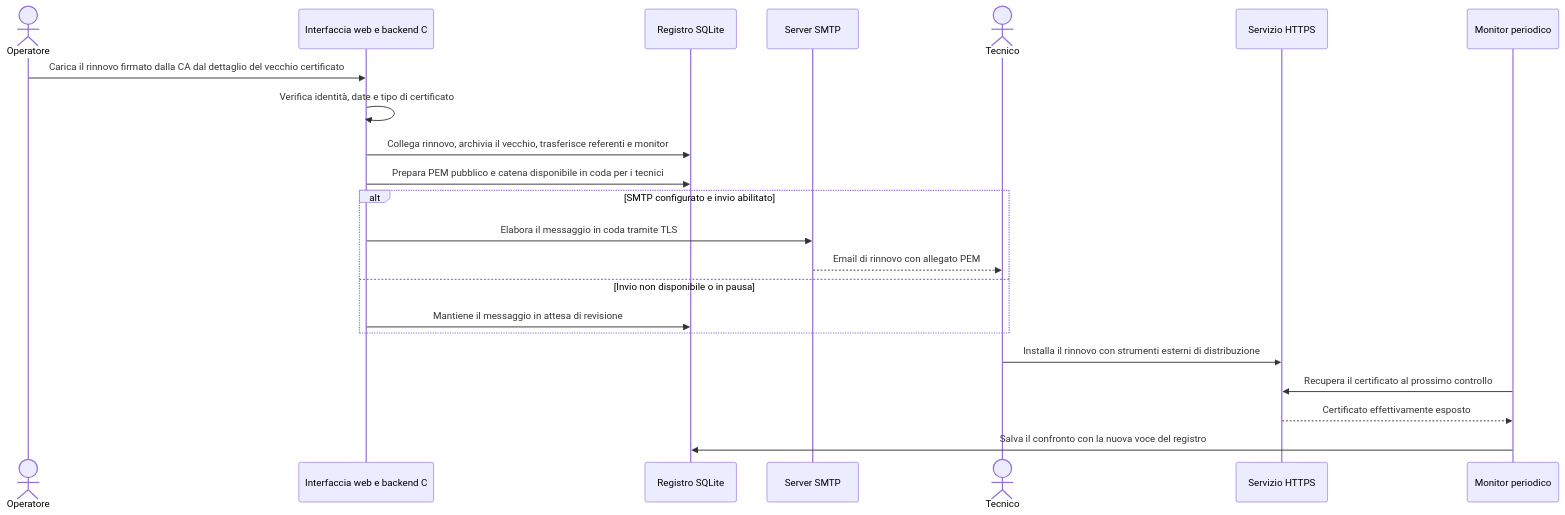
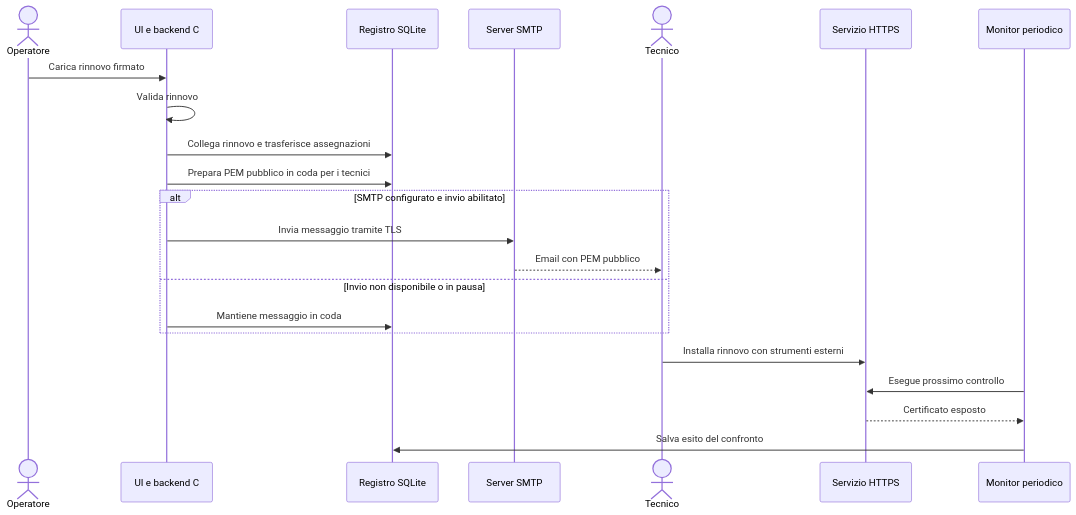
Before and after one commit to GiorgioOppo/Certificate-Manager: the second of 2 diagrams in docs/WORKFLOW.it.md, drawn with Mermaid. The commit also changed other lines of this file and 2 other files, not shown here.

Commit message:
Improve workflow diagram readability on GitHub

````diff
--- a/docs/WORKFLOW.it.md
+++ b/docs/WORKFLOW.it.md
@@ -79,24 +77,24 @@
 ```mermaid
 sequenceDiagram
     actor Operatore
-    participant App as Interfaccia web e backend C
+    participant App as UI e backend C
     participant DB as Registro SQLite
     participant SMTP as Server SMTP
     actor Tecnico
     participant Servizio as Servizio HTTPS
     participant Monitor as Monitor periodico
-    Operatore->>App: Carica il rinnovo firmato dalla CA dal dettaglio del vecchio certificato
-    App->>App: Verifica identità, date e tipo di certificato
-    App->>DB: Collega rinnovo, archivia il vecchio, trasferisce referenti e monitor
-    App->>DB: Prepara PEM pubblico e catena disponibile in coda per i tecnici
+    Operatore->>App: Carica rinnovo firmato
+    App->>App: Valida rinnovo
+    App->>DB: Collega rinnovo e trasferisce assegnazioni
+    App->>DB: Prepara PEM pubblico in coda per i tecnici
     alt SMTP configurato e invio abilitato
-        App->>SMTP: Elabora il messaggio in coda tramite TLS
-        SMTP-->>Tecnico: Email di rinnovo con allegato PEM
+        App->>SMTP: Invia messaggio tramite TLS
+        SMTP-->>Tecnico: Email con PEM pubblico
     else Invio non disponibile o in pausa
-        App->>DB: Mantiene il messaggio in attesa di revisione
+        App->>DB: Mantiene messaggio in coda
     end
-    Tecnico->>Servizio: Installa il rinnovo con strumenti esterni di distribuzione
-    Monitor->>Servizio: Recupera il certificato al prossimo controllo
-    Servizio-->>Monitor: Certificato effettivamente esposto
-    Monitor->>DB: Salva il confronto con la nuova voce del registro
+    Tecnico->>Servizio: Installa rinnovo con strumenti esterni
+    Monitor->>Servizio: Esegue prossimo controllo
+    Servizio-->>Monitor: Certificato esposto
+    Monitor->>DB: Salva esito del confronto
 ```
````
